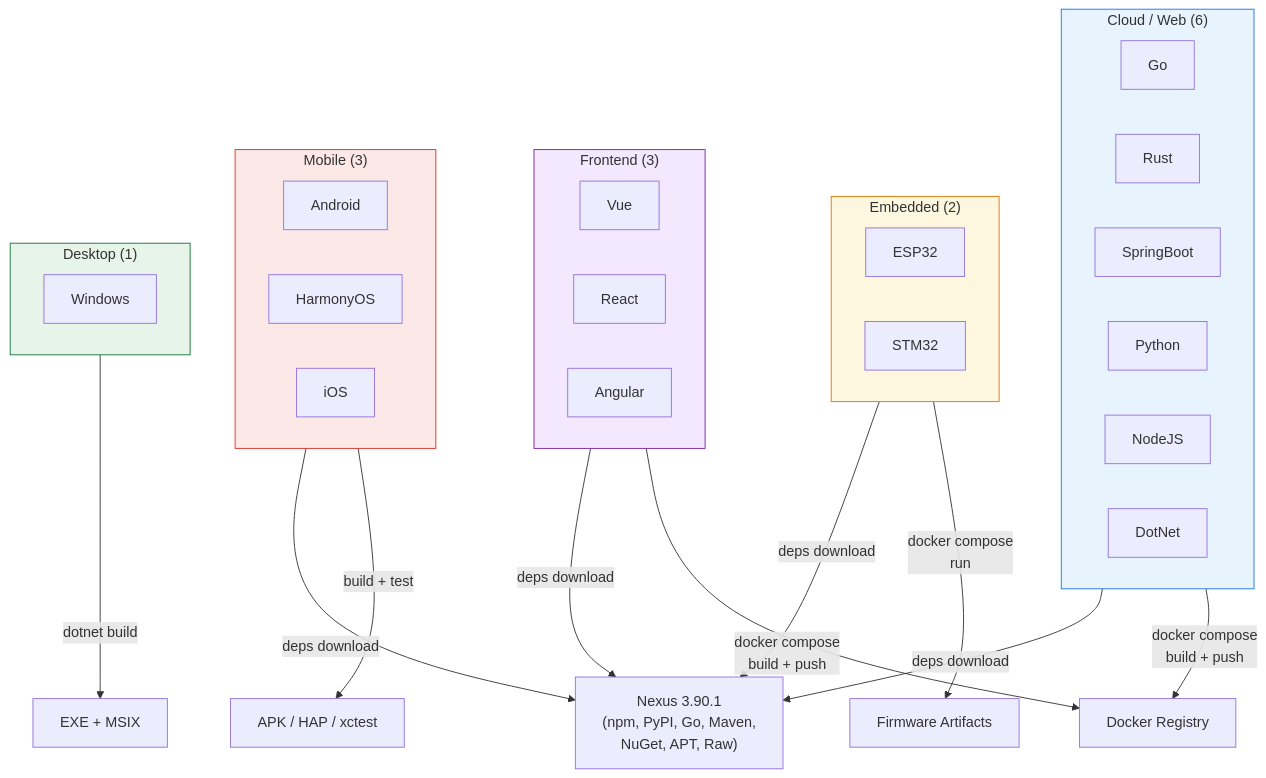
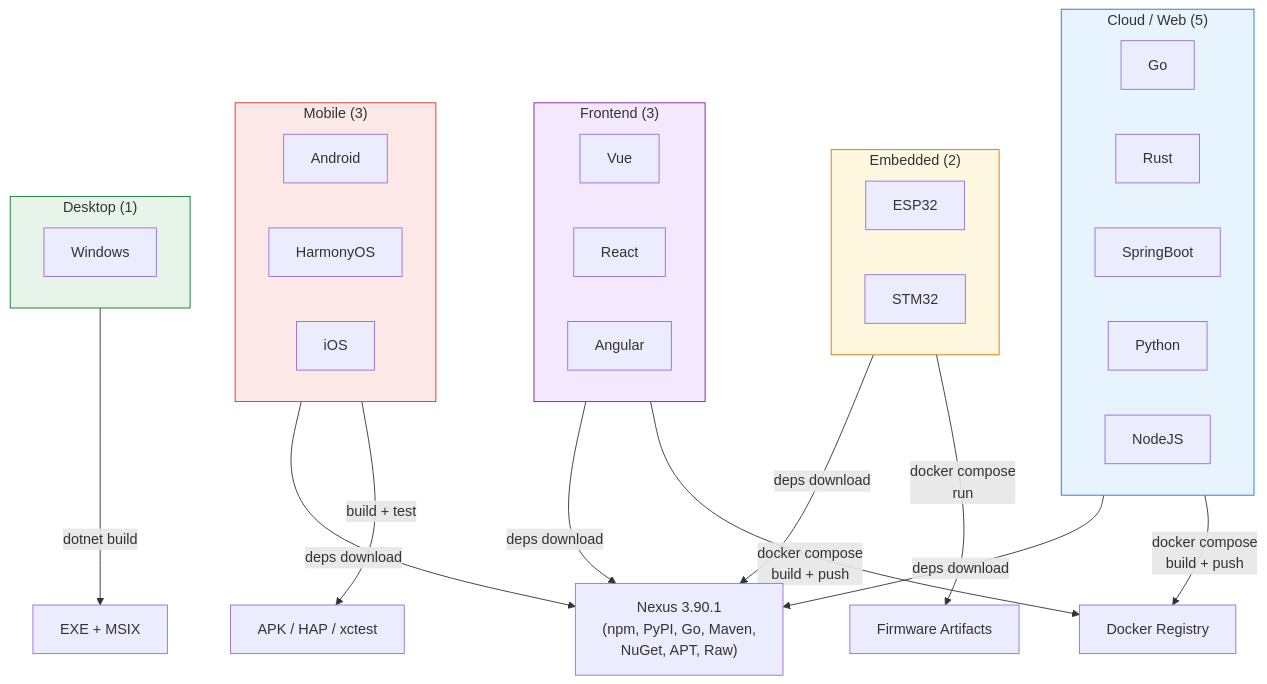
Before and after one commit to jrjohn/arcana-devops: the fourth of 5 diagrams in README.md, drawn with Mermaid. The commit also changed other lines of this file and 30 other files, not shown here.

````diff
--- a/README.md
+++ b/README.md
@@ -361,39 +363,39 @@
 ```mermaid
 graph TD
-    subgraph web ["Cloud / Web (6)"]
-        Go & Rust & SpringBoot & Python & NodeJS & DotNet
+    subgraph web ["Cloud / Web (5)"]
+        Go & Rust & SpringBoot & Python & NodeJS
     end
 
     subgraph frontend ["Frontend (3)"]
         Vue & React & Angular
     end
 
     subgraph embedded ["Embedded (2)"]
         ESP32 & STM32
     end
 
     subgraph mobile ["Mobile (3)"]
         Android & HarmonyOS & iOS
     end
 
     subgraph desktop ["Desktop (1)"]
         Windows
     end
 
     web -->|"docker compose<br/>build + push"| Registry["Docker Registry"]
     frontend -->|"docker compose<br/>build + push"| Registry
     embedded -->|"docker compose<br/>run"| Firmware["Firmware Artifacts"]
     mobile -->|"build + test"| APK["APK / HAP / xctest"]
     desktop -->|"dotnet build"| EXE["EXE + MSIX"]
 
     web -->|"deps download"| Nexus["Nexus 3.90.1<br/>(npm, PyPI, Go, Maven,<br/>NuGet, APT, Raw)"]
     frontend -->|"deps download"| Nexus
     embedded -->|"deps download"| Nexus
     mobile -->|"deps download"| Nexus
 
     style web fill:#e8f4fd,stroke:#1a73e8
     style frontend fill:#f3e8fd,stroke:#7b1fa2
     style embedded fill:#fef7e0,stroke:#e37400
     style mobile fill:#fce8e6,stroke:#d93025
     style desktop fill:#e6f4ea,stroke:#137333
 ```
````
